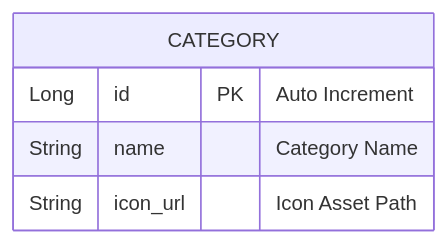
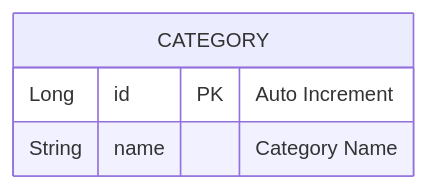
Before and after one commit to ShinhanDSProject/shinhan-delivery: the diagram in docs/design/category-design.md, drawn with Mermaid. The commit also changed other lines of this file and 3 other files, not shown here.

````diff
--- a/docs/design/category-design.md
+++ b/docs/design/category-design.md
@@ -21,8 +21,7 @@
 ```mermaid
 erDiagram
     CATEGORY {
         Long id PK "Auto Increment"
         String name "Category Name"
-        String icon_url "Icon Asset Path"
     }
 ```
````
